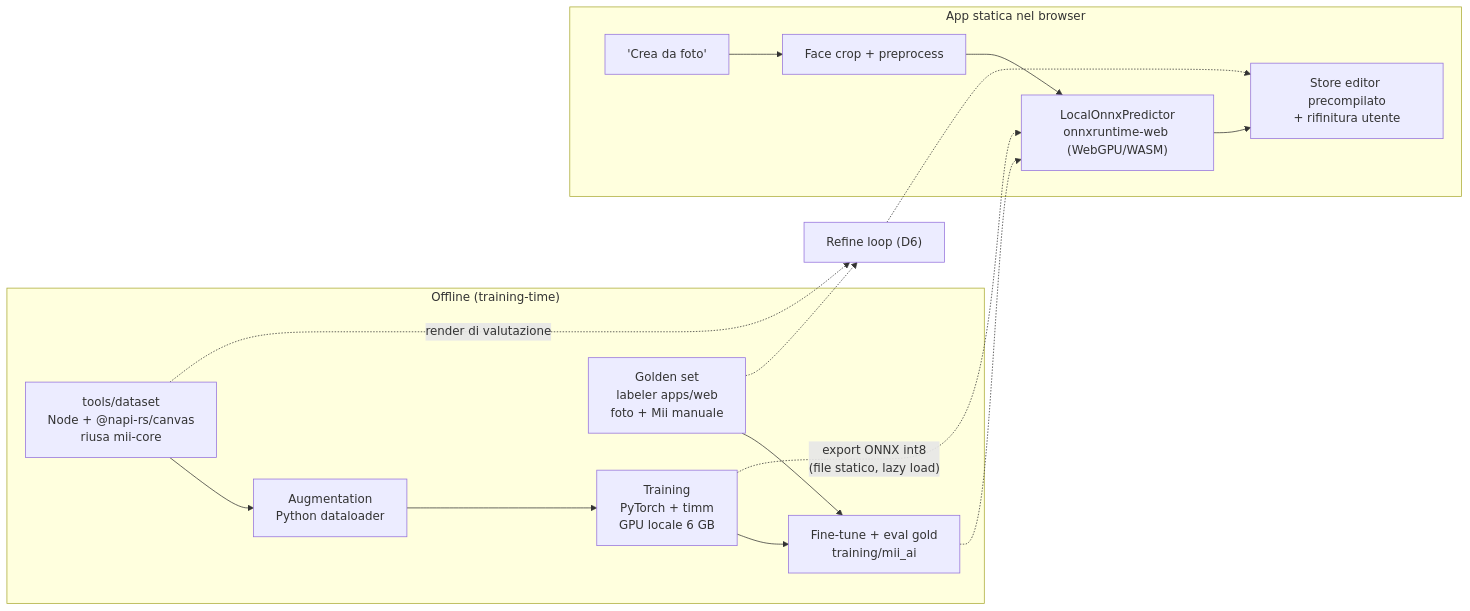
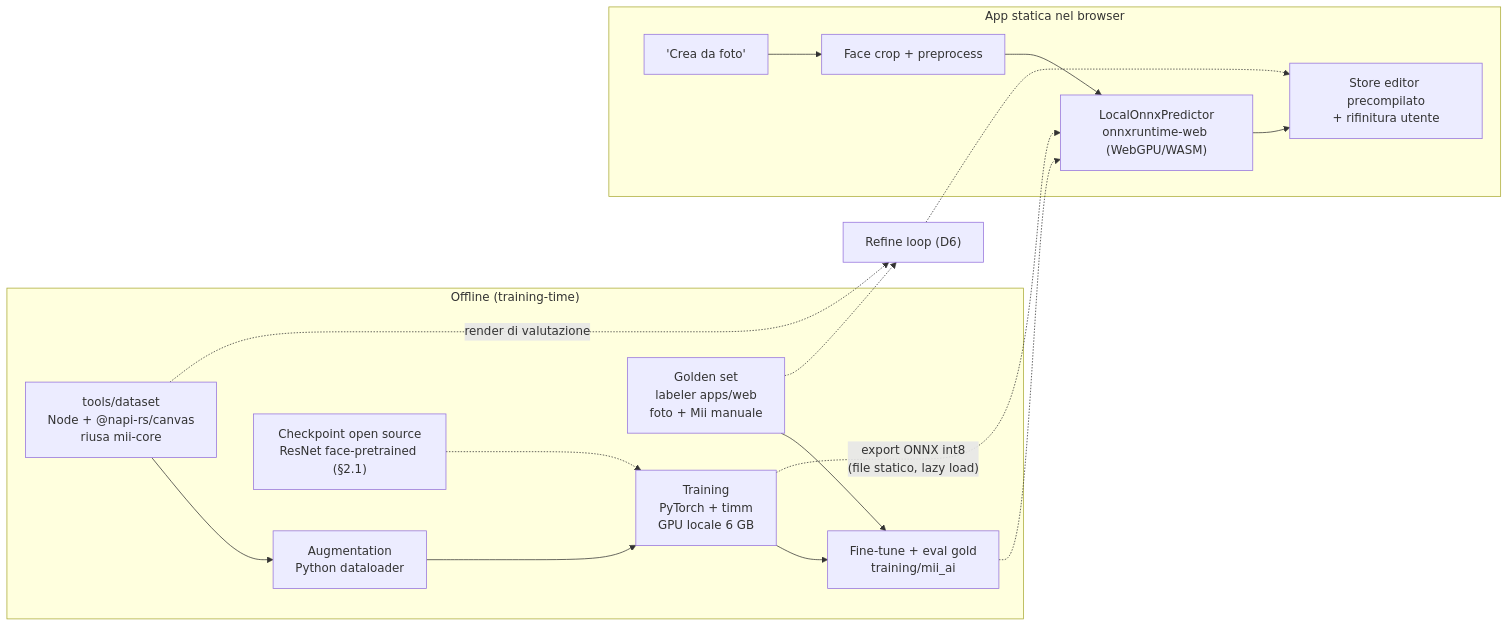
The diagram in docs/MII_AI_PLAN.md (matteodedonno02/auto-mii), drawn with Mermaid before and after one commit. The commit also changed other lines of this file and 22 other files, not shown here.

````diff
--- a/docs/MII_AI_PLAN.md
+++ b/docs/MII_AI_PLAN.md
@@ -115,25 +136,27 @@
 ```mermaid
 flowchart LR
     subgraph Offline["Offline (training-time)"]
         DS["tools/dataset<br/>Node + @napi-rs/canvas<br/>riusa mii-core"]
         AUG["Augmentation<br/>Python dataloader"]
+        CKPT["Checkpoint open source<br/>ResNet face-pretrained (§2.1)"]
         TRAIN["Training<br/>PyTorch + timm<br/>GPU locale 6 GB"]
         GOLD["Golden set<br/>labeler apps/web<br/>foto + Mii manuale"]
         FT["Fine-tune + eval gold<br/>training/mii_ai"]
         DS --> AUG --> TRAIN
+        CKPT -.-> TRAIN
         TRAIN --> FT
         GOLD --> FT
     end
     subgraph App["App statica nel browser"]
         BTN["'Crea da foto'"]
         CROP["Face crop + preprocess"]
         ONNX["LocalOnnxPredictor<br/>onnxruntime-web (WebGPU/WASM)"]
         STORE["Store editor precompilato<br/>+ rifinitura utente"]
         BTN --> CROP --> ONNX --> STORE
     end
     TRAIN -.->|"export ONNX int8<br/>(file statico, lazy load)"| ONNX
     FT -.-> ONNX
     DS -.->|"render di valutazione"| REF["Refine loop (D6)"]
     GOLD -.-> REF
     REF -.-> STORE
 ```
````
